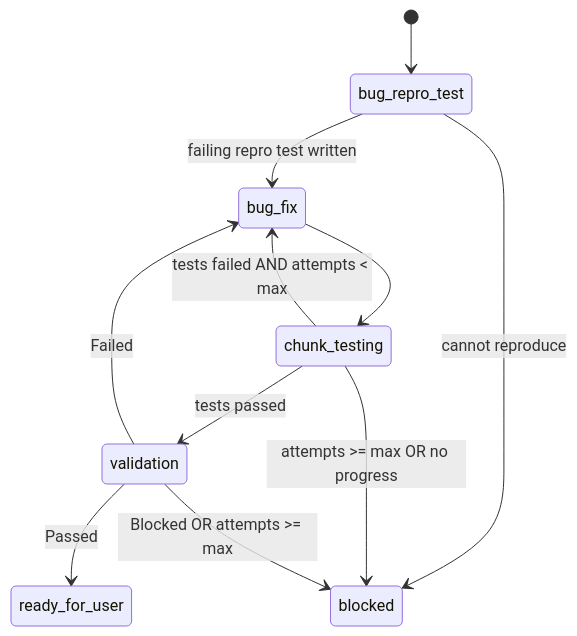
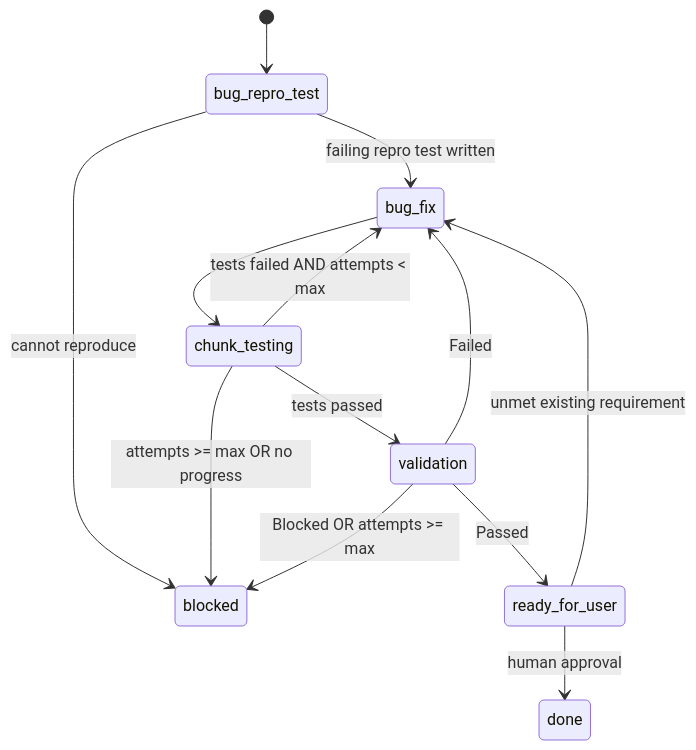
The second of 3 diagrams in .agents/workflows/sdlc.md (synonms/satisfactory), drawn with Mermaid before and after one commit. The commit also changed other lines of this file and 9 other files, not shown here.

````diff
--- a/.agents/workflows/sdlc.md
+++ b/.agents/workflows/sdlc.md
@@ -150,13 +156,15 @@
 ```mermaid
 stateDiagram-v2
     [*] --> bug_repro_test
     bug_repro_test --> bug_fix : failing repro test written
     bug_repro_test --> blocked : cannot reproduce
     bug_fix --> chunk_testing
     chunk_testing --> bug_fix : tests failed AND attempts < max
     chunk_testing --> validation : tests passed
     chunk_testing --> blocked : attempts >= max OR no progress
     validation --> bug_fix : Failed
     validation --> ready_for_user : Passed
     validation --> blocked : Blocked OR attempts >= max
+    ready_for_user --> done : human approval
+    ready_for_user --> bug_fix : unmet existing requirement
 ```
````
